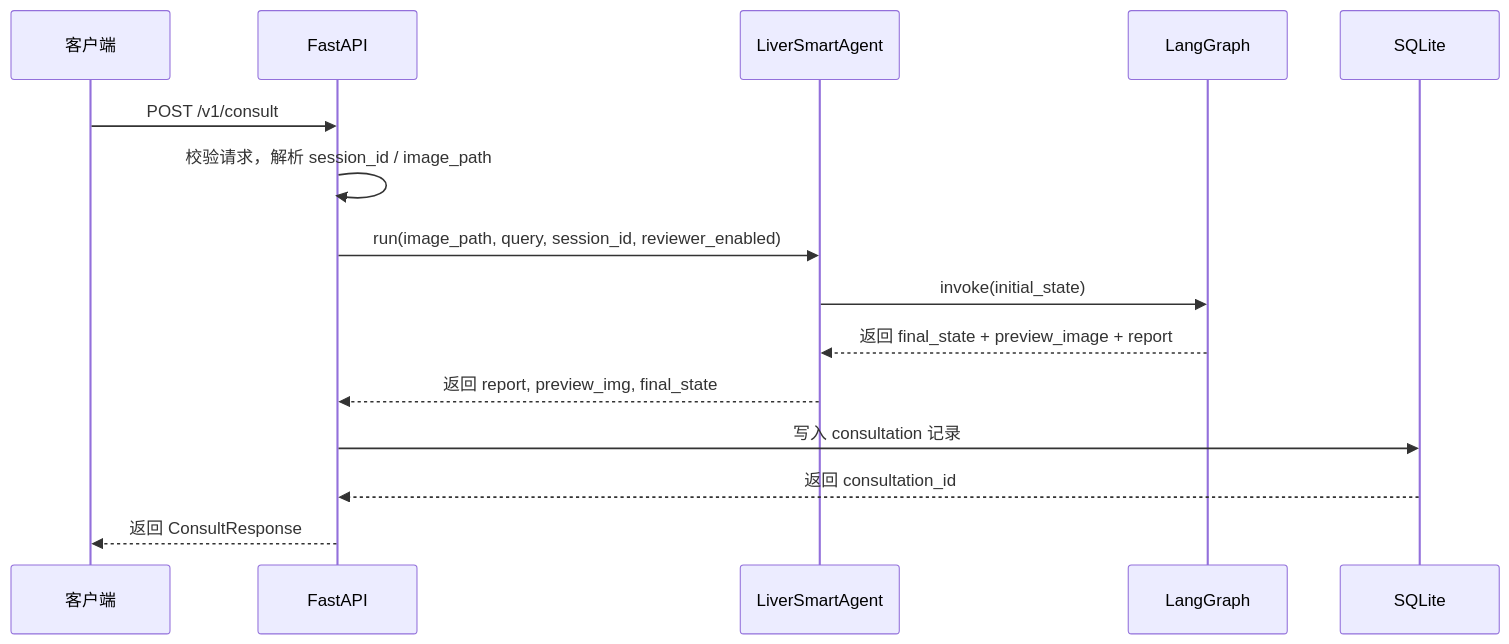
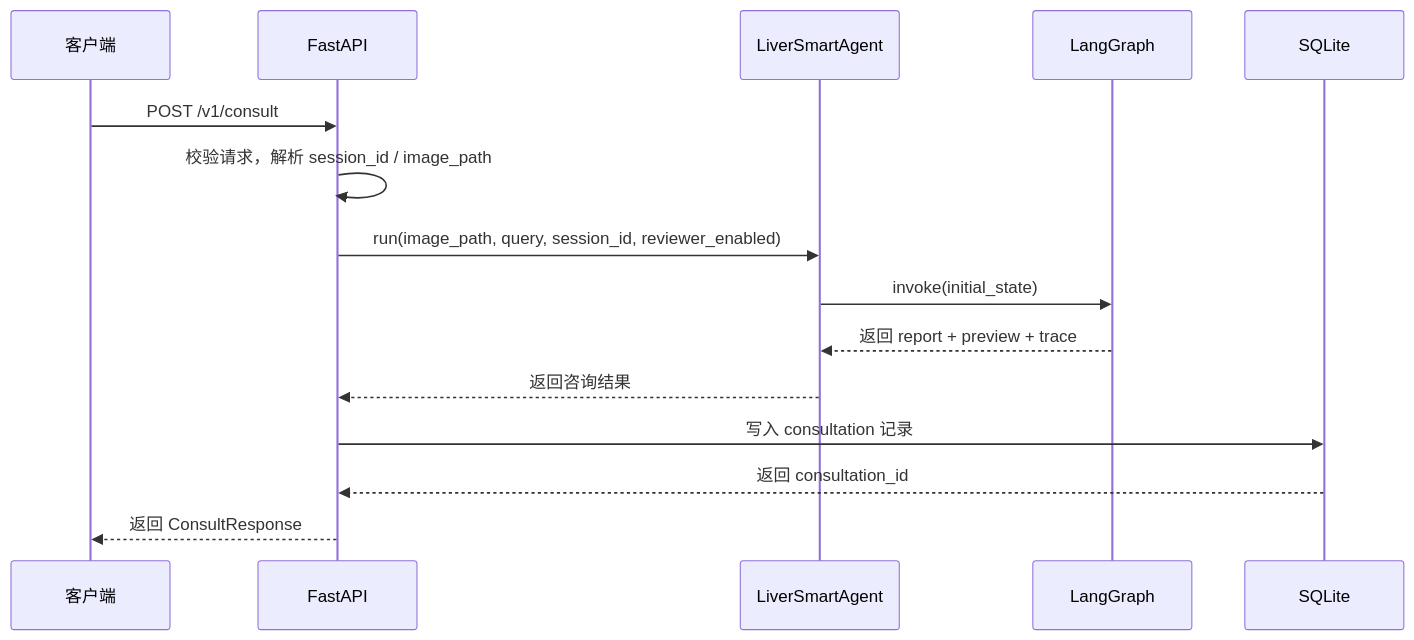
The third of 8 diagrams in docs/backend-architecture.md (jiliguluhua/liver_rag), drawn with Mermaid before and after one commit. The commit also changed other lines of this file, not shown here.

````diff
--- a/docs/backend-architecture.md
+++ b/docs/backend-architecture.md
@@ -72,18 +58,18 @@
 ```mermaid
 sequenceDiagram
     participant Client as 客户端
     participant API as FastAPI
     participant Agent as LiverSmartAgent
     participant Graph as LangGraph
     participant DB as SQLite
 
     Client->>API: POST /v1/consult
     API->>API: 校验请求，解析 session_id / image_path
     API->>Agent: run(image_path, query, session_id, reviewer_enabled)
     Agent->>Graph: invoke(initial_state)
-    Graph-->>Agent: 返回 final_state + preview_image + report
-    Agent-->>API: 返回 report, preview_img, final_state
+    Graph-->>Agent: 返回 report + preview + trace
+    Agent-->>API: 返回咨询结果
     API->>DB: 写入 consultation 记录
     DB-->>API: 返回 consultation_id
     API-->>Client: 返回 ConsultResponse
 ```
````
